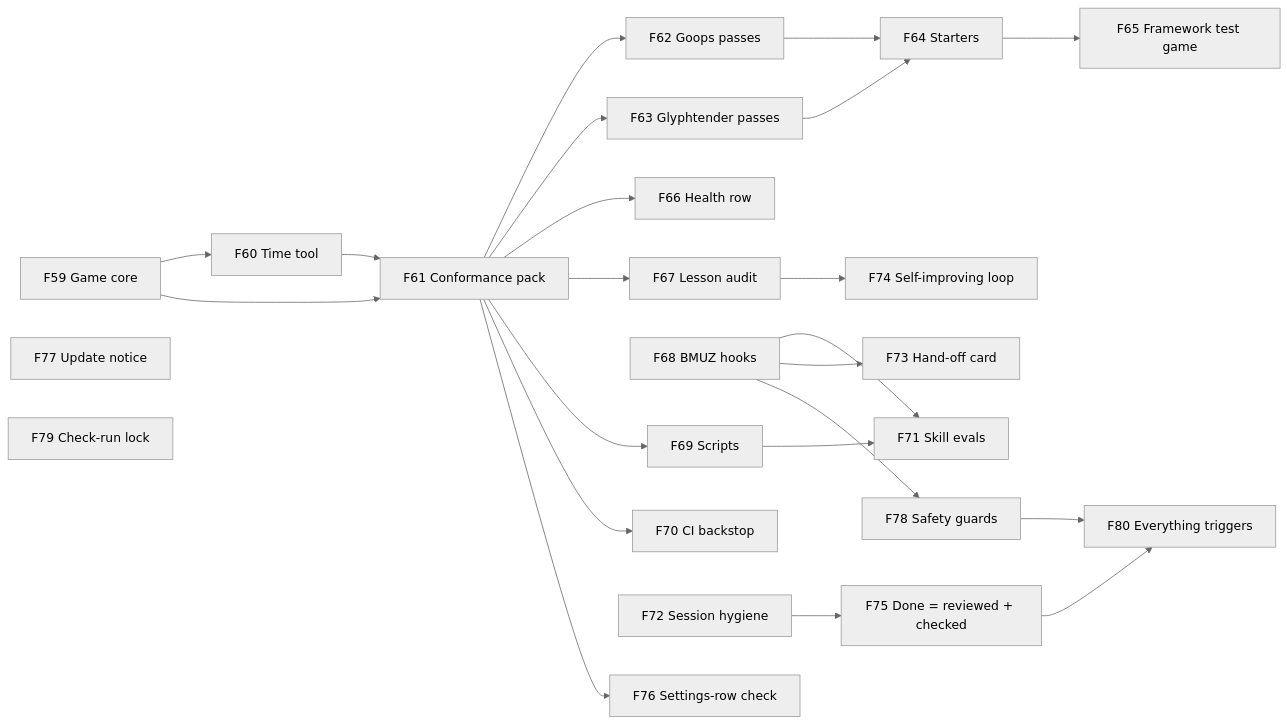
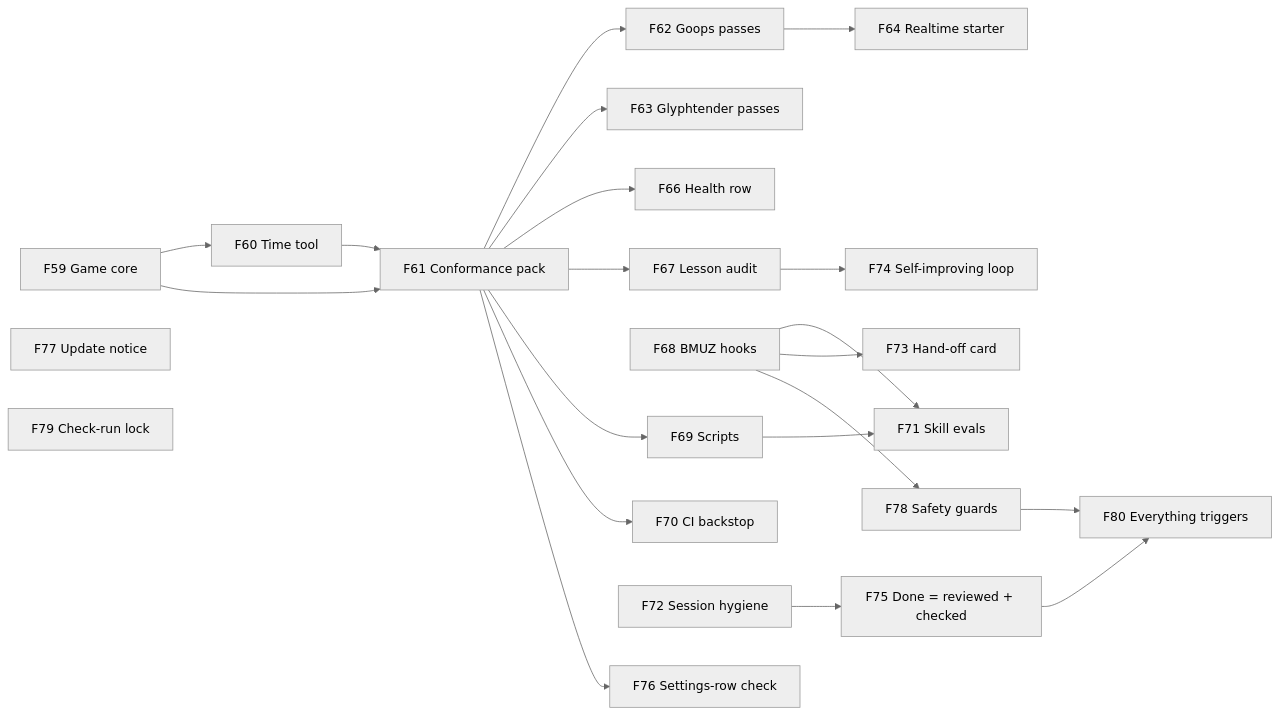
One commit to TheBlueMuzzy/framework changed the seventh of 22 diagrams in .planning/ROADMAP.md. Above: the diagram before and after it, drawn with Mermaid (neutral theme). The commit also changed other lines of this file, not shown here.

Commit message:
Roadmap: F59/F60/F62 are Goops' session's; F64 = realtime starter; v0.24 A test game guards every update (F151 turn-based starter, F65, F152)

````diff
--- a/.planning/ROADMAP.md
+++ b/.planning/ROADMAP.md
@@ -164,25 +163,23 @@
 ```mermaid
 flowchart LR
   F59[F59 Game core] --> F60[F60 Time tool]
   F59 --> F61[F61 Conformance pack]
   F60 --> F61
   F61 --> F62[F62 Goops passes]
   F61 --> F63[F63 Glyphtender passes]
   F61 --> F66[F66 Health row]
   F61 --> F67[F67 Lesson audit]
   F68[F68 BMUZ hooks] --> F71[F71 Skill evals]
   F68 --> F73[F73 Hand-off card]
   F67 --> F74[F74 Self-improving loop]
   F61 --> F69[F69 Scripts] --> F71
   F61 --> F70[F70 CI backstop]
-  F62 --> F64[F64 Starters]
-  F63 --> F64
-  F64 --> F65[F65 Framework test game]
+  F62 --> F64[F64 Realtime starter]
   F72[F72 Session hygiene] --> F75[F75 Done = reviewed + checked]
   F61 --> F76[F76 Settings-row check]
   F68 --> F78[F78 Safety guards]
   F77[F77 Update notice]
   F79[F79 Check-run lock]
   F75 --> F80[F80 Everything triggers]
   F78 --> F80
 ```
````
